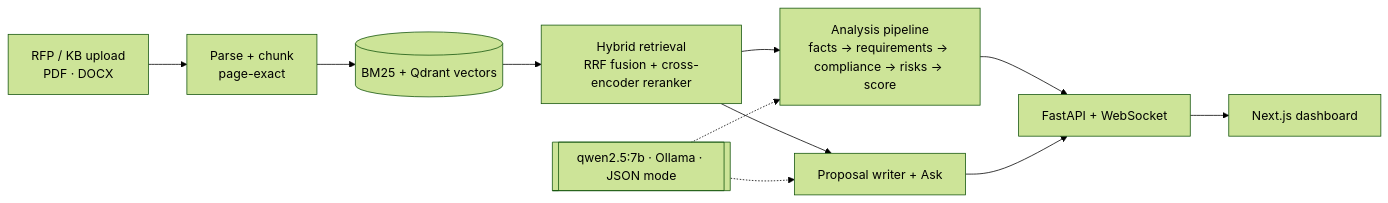
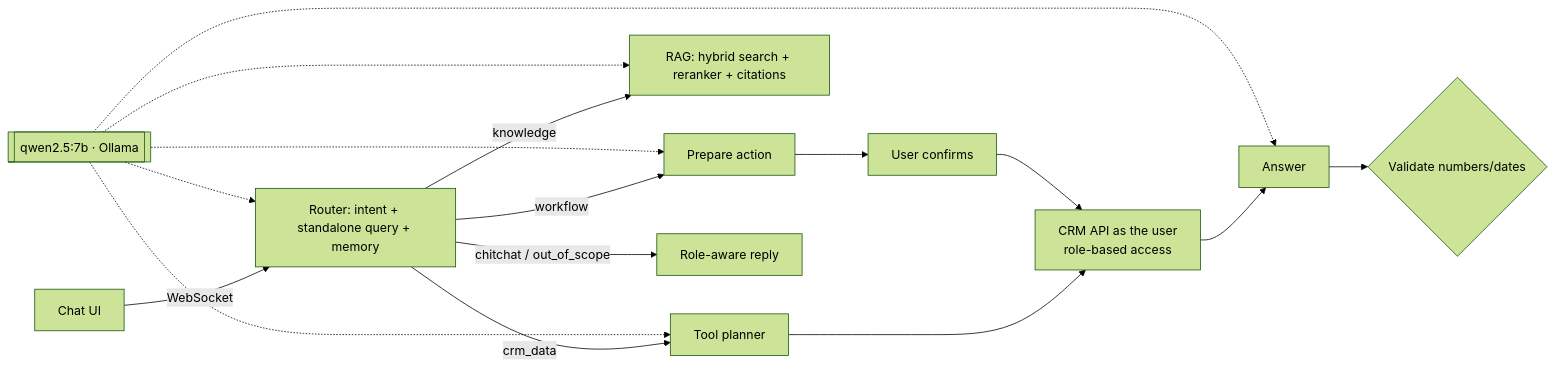
The diagram in README.md (akashkr19857/crm-ai-assistant), drawn with Mermaid (forest theme) before and after one commit. The commit also changed other lines of this file and 19 other files, not shown here.

````diff
--- a/README.md
+++ b/README.md
@@ -35,9 +35,9 @@
 ```mermaid
 flowchart LR
-  U[RFP / KB upload<br/>PDF · DOCX] --> P[Parse + chunk<br/>page-exact] --> I[(BM25 + Qdrant vectors)]
-  I --> H[Hybrid retrieval<br/>RRF fusion + cross-encoder reranker]
-  H --> A[Analysis pipeline<br/>facts → requirements → compliance → risks → score]
-  H --> G[Proposal writer + Ask]
-  L[[qwen2.5:7b · Ollama · JSON mode]] -.-> A & G
-  A & G --> API[FastAPI + WebSocket] --> UI[Next.js dashboard]
+  UI[Chat UI] -- WebSocket --> R[Router: intent + standalone query + memory]
+  R -->|crm_data| P[Tool planner] --> X[CRM API as the user<br/>role-based access] --> A[Answer] --> V{Validate numbers/dates}
+  R -->|knowledge| K[RAG: hybrid search + reranker + citations]
+  R -->|workflow| W[Prepare action] --> C[User confirms] --> X
+  R -->|chitchat / out_of_scope| O[Role-aware reply]
+  L[[qwen2.5:7b · Ollama]] -.-> R & P & A & K & W
 ```
````
